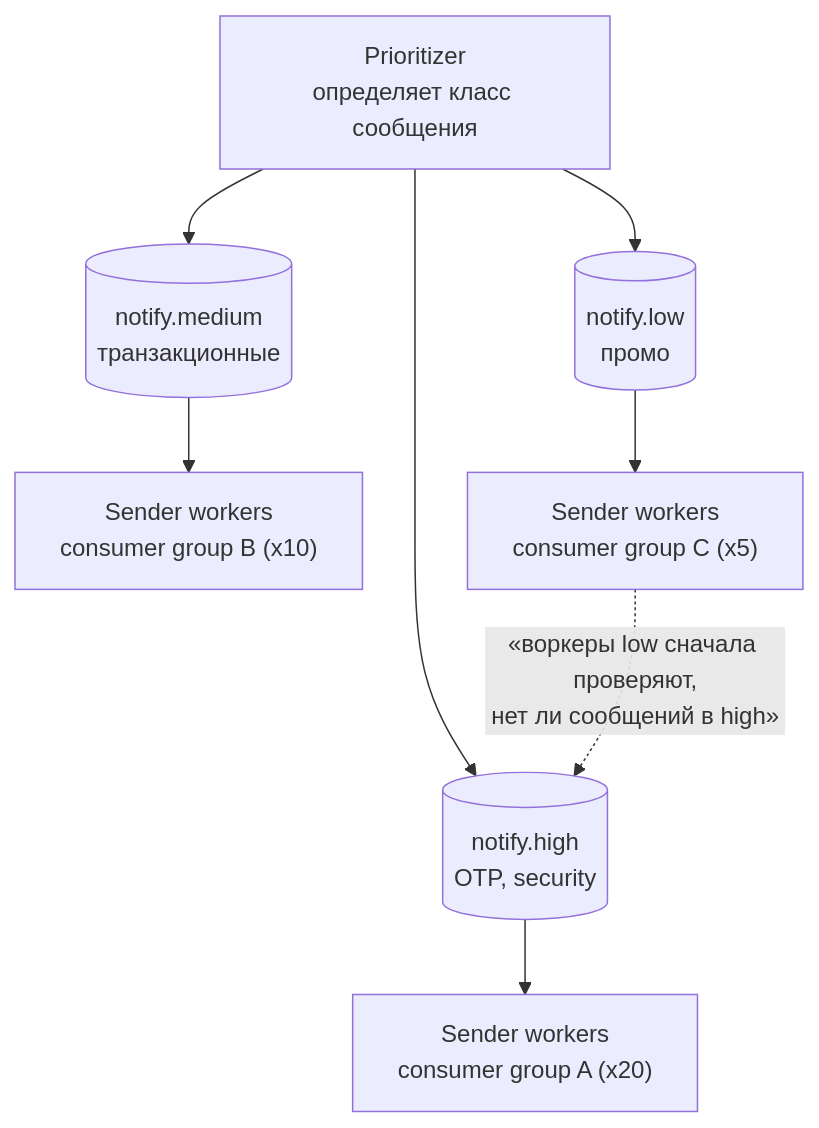
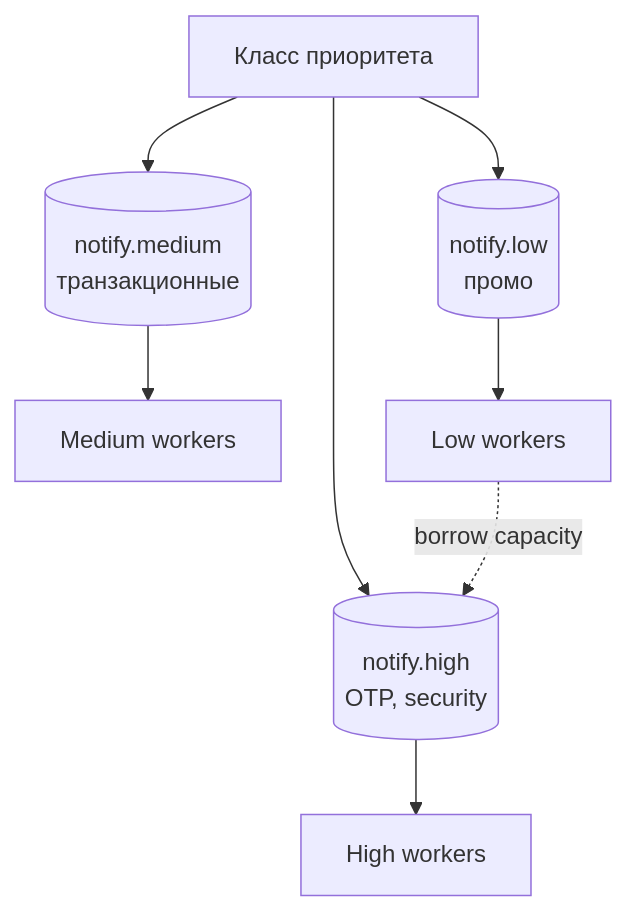
The fifth of 6 diagrams in 02-case-studies/notification-system.md (AlohaJava/system-design-interview-chamkin), drawn with Mermaid before and after one commit. The commit also changed other lines of this file and 49 other files, not shown here.

````diff
--- a/02-case-studies/notification-system.md
+++ b/02-case-studies/notification-system.md
@@ -346,10 +314,10 @@
 ```mermaid
 flowchart TD
-    PR["Prioritizer<br/>определяет класс сообщения"] --> H[("notify.high<br/>OTP, security")]
+    PR["Класс приоритета"] --> H[("notify.high<br/>OTP, security")]
     PR --> M[("notify.medium<br/>транзакционные")]
     PR --> L[("notify.low<br/>промо")]
-    H --> W1["Sender workers<br/>consumer group A (x20)"]
-    M --> W2["Sender workers<br/>consumer group B (x10)"]
-    L --> W3["Sender workers<br/>consumer group C (x5)"]
-    W3 -.->|«воркеры low сначала проверяют,<br/>нет ли сообщений в high»| H
+    H --> W1["High workers"]
+    M --> W2["Medium workers"]
+    L --> W3["Low workers"]
+    W3 -.->|borrow capacity| H
 ```
````
